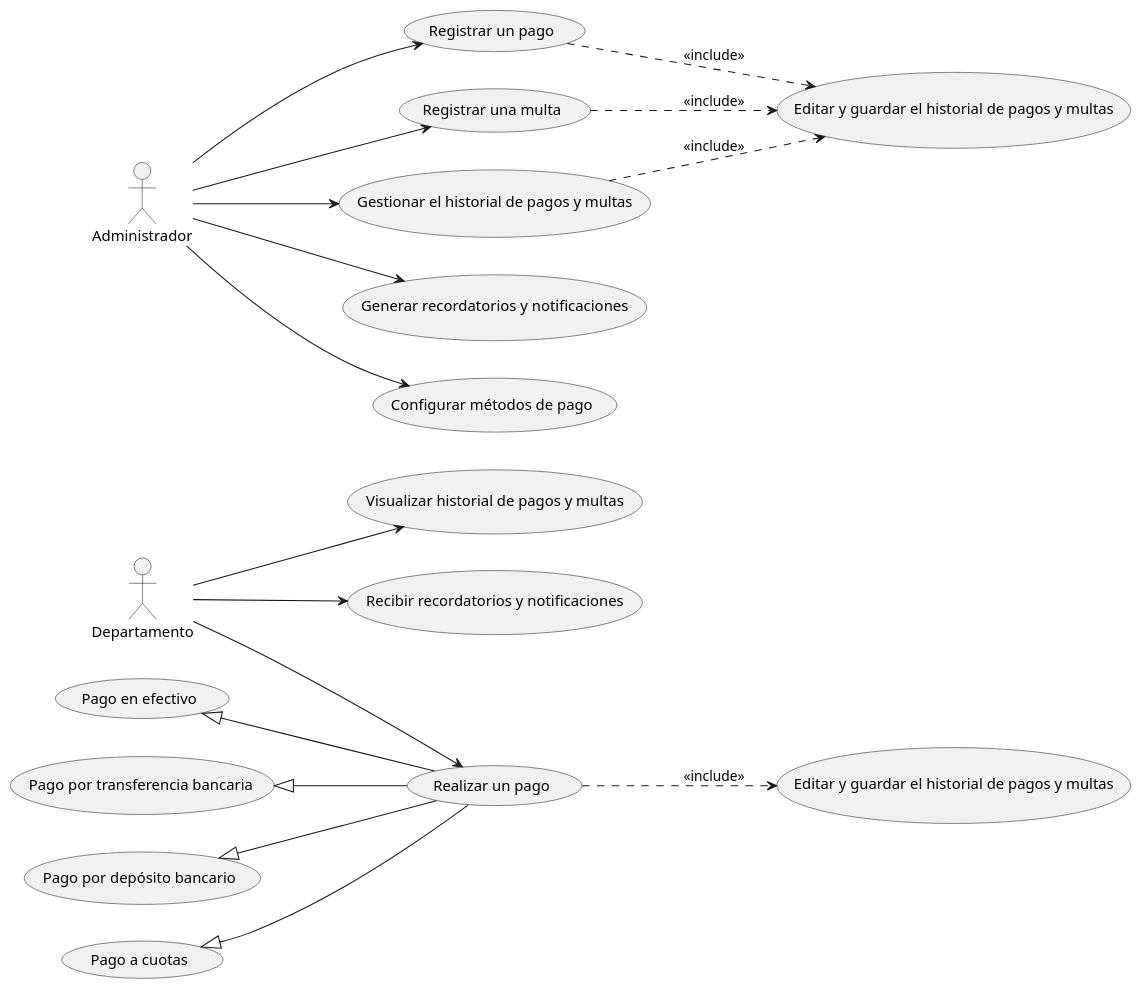
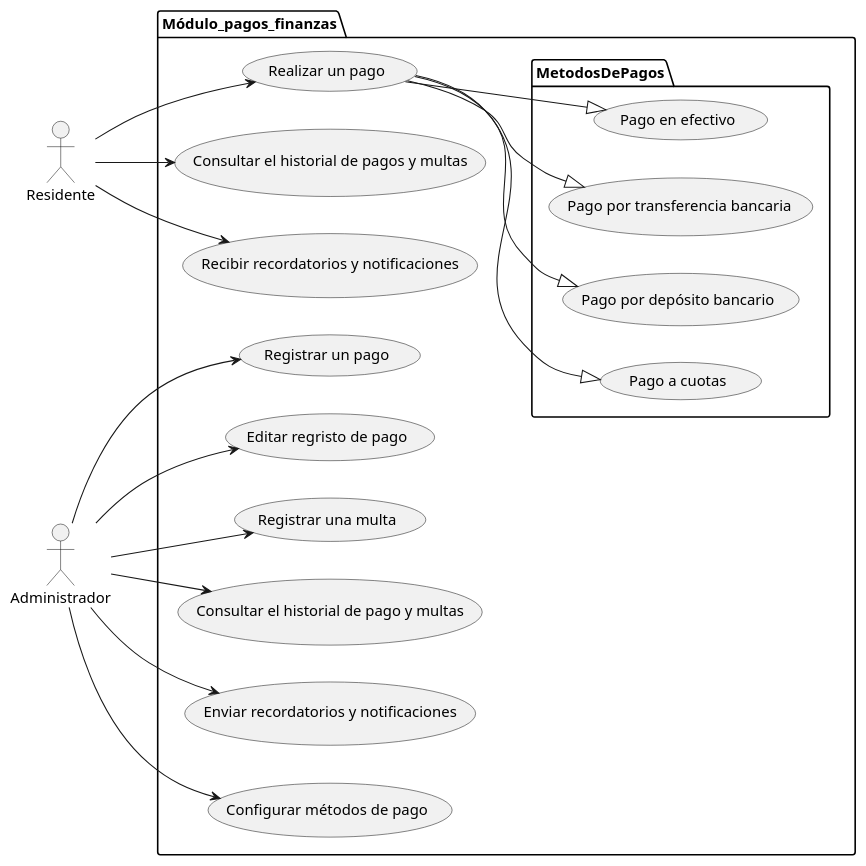
Before and after one commit to richardriverag/ProyectoDiseno24B: the diagram in Diagramas/CasosDeUso_GrupoA_Pagos_Finanzas/CasosDeUso.puml, drawn with PlantUML. The commit also changed 2 other files, not shown here.

Commit message:
Modify(payments_finance): Update usecase from Group_A

```diff
--- a/Diagramas/CasosDeUso_GrupoA_Pagos_Finanzas/CasosDeUso.puml
+++ b/Diagramas/CasosDeUso_GrupoA_Pagos_Finanzas/CasosDeUso.puml
@@ -1,46 +1,47 @@
 @startuml
 left to right direction
-actor Departamento as C
+actor Residente as C
 Actor Administrador as A
+
+package Módulo_pagos_finanzas{
+
 
 
 usecase "Realizar un pago" as UC1
-usecase "Editar y guardar el historial de pagos y multas" as guardar
+package MetodosDePagos{
 usecase "Pago en efectivo" as UC1_1
 usecase "Pago por transferencia bancaria" as UC1_2
 usecase "Pago por depósito bancario" as UC1_3
 usecase "Pago a cuotas" as UC1_4
-usecase "Realizar un pago" as UC1
-usecase "Visualizar historial de pagos y multas" as UC2
+}
+usecase "Consultar el historial de pagos y multas" as UC2
 usecase "Recibir recordatorios y notificaciones" as UC3
 
 
 usecase "Registrar un pago" as UC4
+usecase "Editar regristo de pago" as UC4_5
 usecase "Registrar una multa" as UC5
-usecase "Gestionar el historial de pagos y multas" as UC6
-usecase "Editar y guardar el historial de pagos y multas" as UC6_1
-usecase "Generar recordatorios y notificaciones" as UC7
+usecase "Consultar el historial de pago y multas" as UC6
+usecase "Enviar recordatorios y notificaciones" as UC7
 usecase "Configurar métodos de pago" as UC8
-
+}
 
 
 C --> UC1
-UC1 ..> guardar : <<include>>
-UC1_1 <|-- UC1 
-UC1_2 <|-- UC1  
-UC1_3 <|-- UC1  
-UC1_4 <|-- UC1  
+UC1 --|> UC1_1
+UC1 --|> UC1_2
+UC1 --|> UC1_3
+UC1 --|> UC1_4
 
 
 C --> UC2
 C --> UC3
 
 A --> UC4
-UC4 ..> UC6_1 : <<include>>
+A --> UC4_5
 A --> UC5
-UC5 ..> UC6_1: <<include>>
+
 A --> UC6
-UC6 ..> UC6_1: <<include>>
 A --> UC7
 A --> UC8
 @enduml
```
